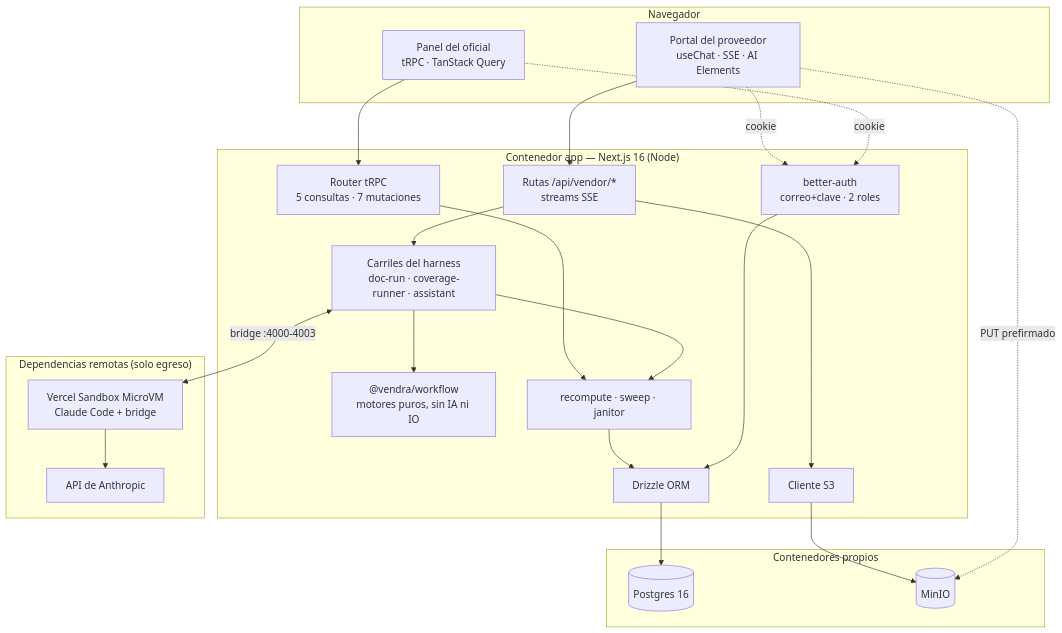
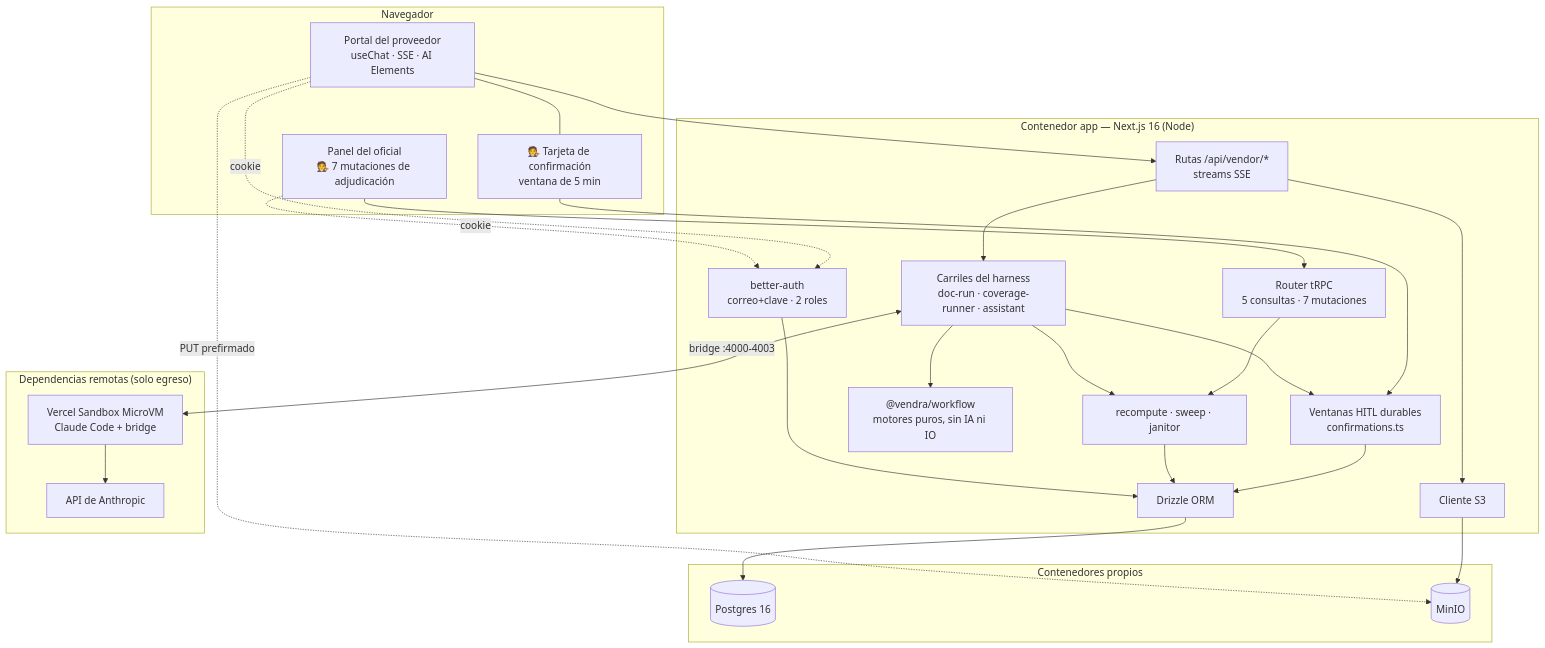
One commit to Cognition-Flux/multi-agent-harness-as-backend-es changed the diagram in README.md. Above: the diagram before and after it, drawn with Mermaid. The commit also changed other lines of this file, not shown here.

First line of the commit message:
README: el HITL como eje del documento

````diff
--- a/README.md
+++ b/README.md
@@ -322,44 +425,50 @@
 ```mermaid
 flowchart TB
     subgraph browser["Navegador"]
         VP["Portal del proveedor<br/>useChat · SSE · AI Elements"]
-        OD["Panel del oficial<br/>tRPC · TanStack Query"]
+        HITL["🧑‍⚖️ Tarjeta de confirmación<br/>ventana de 5 min"]
+        OD["Panel del oficial<br/>🧑‍⚖️ 7 mutaciones de adjudicación"]
     end
 
     subgraph host["Contenedor app — Next.js 16 (Node)"]
         AUTH["better-auth<br/>correo+clave · 2 roles"]
         API["Rutas /api/vendor/*<br/>streams SSE"]
+        CONF["Ventanas HITL durables<br/>confirmations.ts"]
         TRPC["Router tRPC<br/>5 consultas · 7 mutaciones"]
         LANES["Carriles del harness<br/>doc-run · coverage-runner · assistant"]
         PURE["@vendra/workflow<br/>motores puros, sin IA ni IO"]
         RECOMP["recompute · sweep · janitor"]
         DRIZ["Drizzle ORM"]
         S3C["Cliente S3"]
     end
 
     subgraph local["Contenedores propios"]
         PG[("Postgres 16")]
         MINIO[("MinIO")]
     end
 
     subgraph remote["Dependencias remotas (solo egreso)"]
         VS["Vercel Sandbox MicroVM<br/>Claude Code + bridge"]
         ANTH["API de Anthropic"]
     end
 
     VP --> API
+    VP --- HITL
+    HITL --> CONF
     OD --> TRPC
     VP -.->|cookie| AUTH
     OD -.->|cookie| AUTH
     API --> LANES
+    LANES --> CONF
+    CONF --> DRIZ
     TRPC --> RECOMP
     LANES --> PURE
     LANES --> RECOMP
     RECOMP --> DRIZ
     AUTH --> DRIZ
     DRIZ --> PG
     API --> S3C --> MINIO
     VP -.->|"PUT prefirmado"| MINIO
     LANES <-->|"bridge :4000-4003"| VS
     VS --> ANTH
 ```
````
